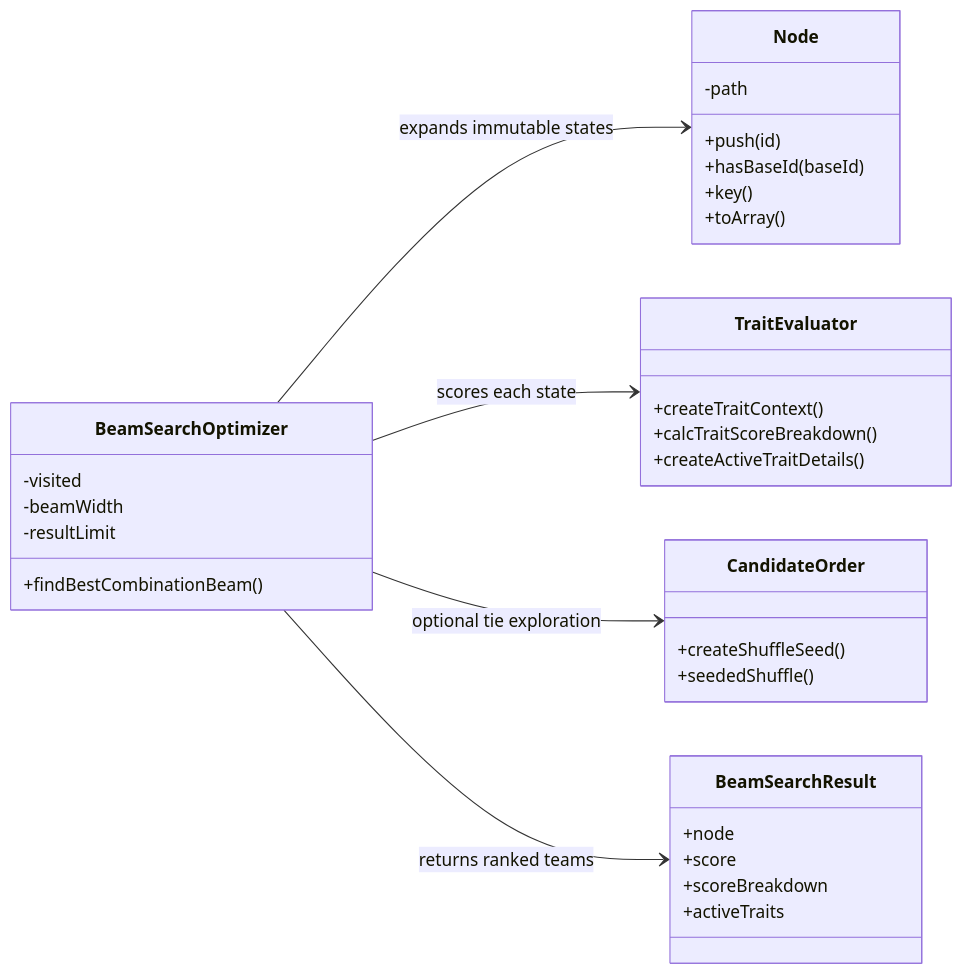
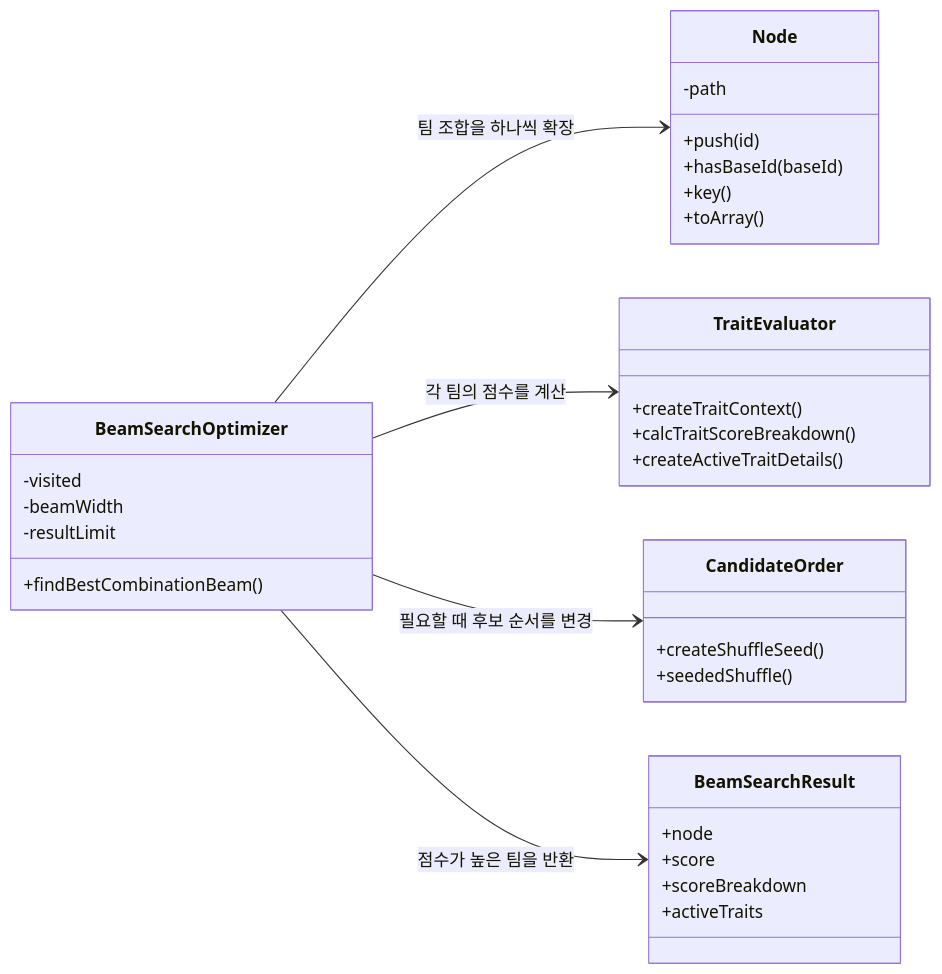
Before and after one commit to kimdol/my-tft-app: the second of 6 diagrams in vite-project/src/features/README.md, drawn with Mermaid. The commit also changed other lines of this file, not shown here.

Commit message:
Simplify feature architecture documentation

````diff
--- a/vite-project/src/features/README.md
+++ b/vite-project/src/features/README.md
@@ -71,37 +71,37 @@
 ```mermaid
 classDiagram
     direction LR
     class BeamSearchOptimizer {
         +findBestCombinationBeam()
         -visited
         -beamWidth
         -resultLimit
     }
     class Node {
         -path
         +push(id)
         +hasBaseId(baseId)
         +key()
         +toArray()
     }
     class TraitEvaluator {
         +createTraitContext()
         +calcTraitScoreBreakdown()
         +createActiveTraitDetails()
     }
     class CandidateOrder {
         +createShuffleSeed()
         +seededShuffle()
     }
     class BeamSearchResult {
         +node
         +score
         +scoreBreakdown
         +activeTraits
     }
 
-    BeamSearchOptimizer --> Node : expands immutable states
-    BeamSearchOptimizer --> TraitEvaluator : scores each state
-    BeamSearchOptimizer --> CandidateOrder : optional tie exploration
-    BeamSearchOptimizer --> BeamSearchResult : returns ranked teams
+    BeamSearchOptimizer --> Node : 팀 조합을 하나씩 확장
+    BeamSearchOptimizer --> TraitEvaluator : 각 팀의 점수를 계산
+    BeamSearchOptimizer --> CandidateOrder : 필요할 때 후보 순서를 변경
+    BeamSearchOptimizer --> BeamSearchResult : 점수가 높은 팀을 반환
 ```
````
